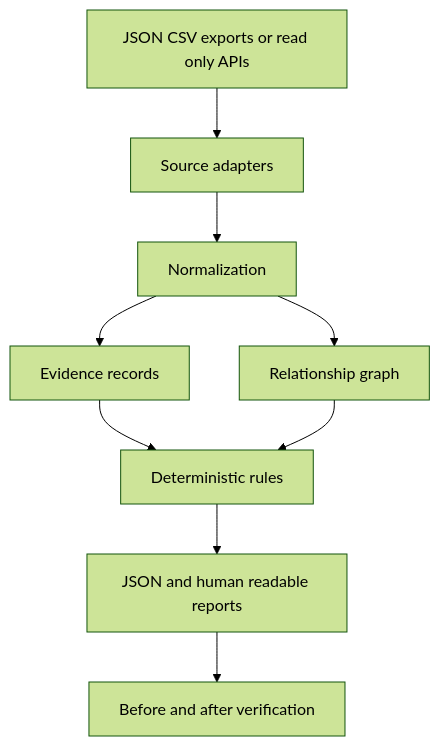
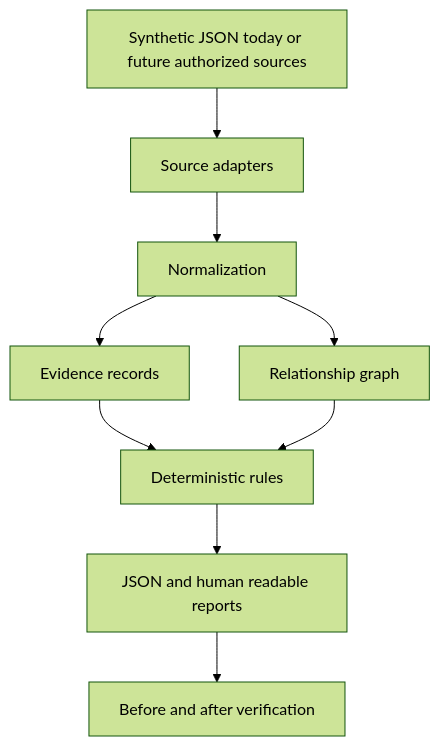
The diagram in docs/technical/ARCHITECTURE.md (24juangonzalez/cyber-security-systems-test), drawn with Mermaid (forest theme) before and after one commit. The commit also changed other lines of this file and 16 other files, not shown here.

````diff
--- a/docs/technical/ARCHITECTURE.md
+++ b/docs/technical/ARCHITECTURE.md
@@ -16,18 +17,18 @@
 ```mermaid
 flowchart TD
-    INPUT[JSON CSV exports or read only APIs]
+    INPUT[Synthetic JSON today or future authorized sources]
     ADAPTER[Source adapters]
     NORMALIZE[Normalization]
     EVIDENCE[Evidence records]
     GRAPH[Relationship graph]
     RULES[Deterministic rules]
     REPORT[JSON and human readable reports]
     VERIFY[Before and after verification]
 
     INPUT --> ADAPTER --> NORMALIZE
     NORMALIZE --> EVIDENCE
     NORMALIZE --> GRAPH
     EVIDENCE --> RULES
     GRAPH --> RULES
     RULES --> REPORT --> VERIFY
 ```
````
